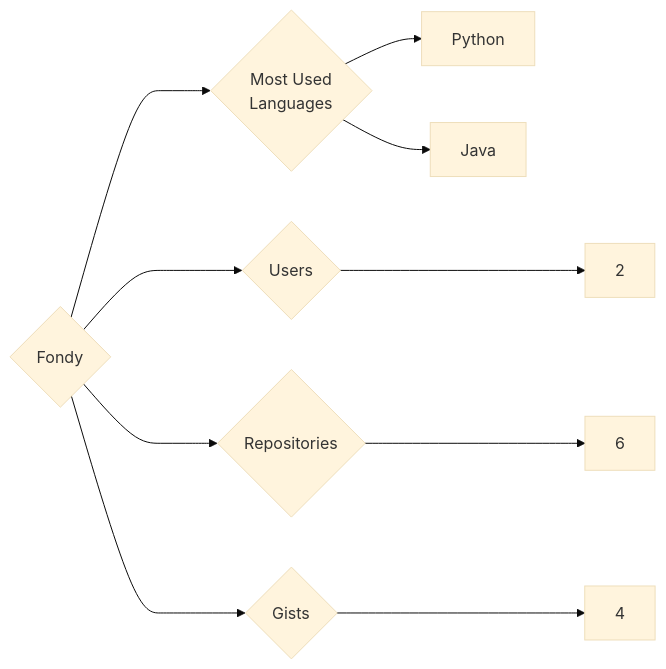
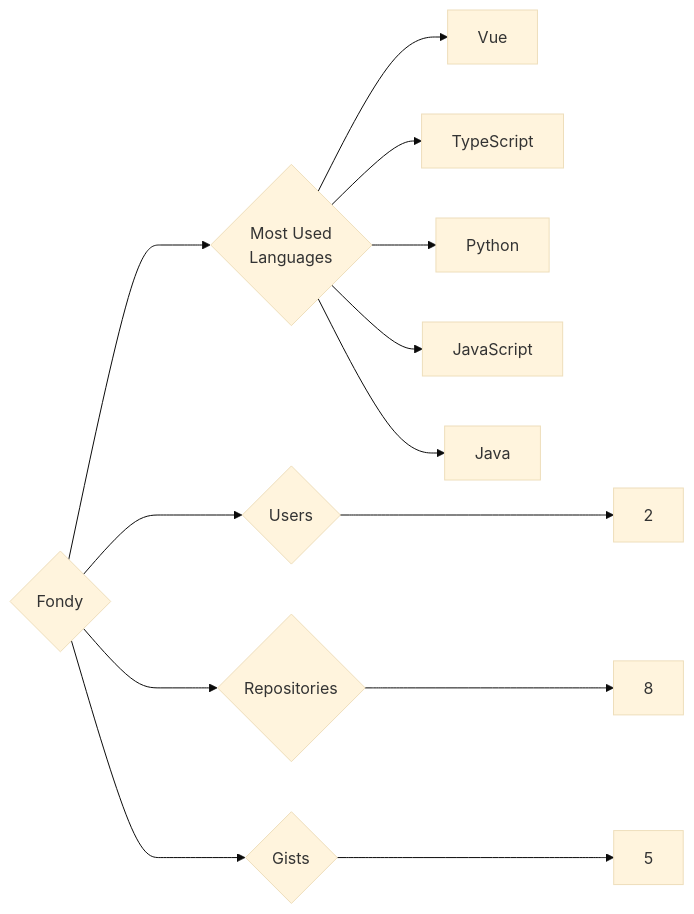
One commit to trickest/insiders changed the diagram in targets/Fondy/README.md. Above: the diagram before and after it, drawn with Mermaid (base theme). The commit also changed 894 other files, not shown here.

````diff
--- a/targets/Fondy/README.md
+++ b/targets/Fondy/README.md
@@ -3,10 +3,13 @@
 ```mermaid
 graph LR
 COMPANY_NAME{Fondy}
 COMPANY_NAME ---> U{Users} ---> UN[2]
-COMPANY_NAME ---> R{Repositories} ---> RN[6]
-COMPANY_NAME ---> G{Gists} ---> GN[4]
+COMPANY_NAME ---> R{Repositories} ---> RN[8]
+COMPANY_NAME ---> G{Gists} ---> GN[5]
 COMPANY_NAME ---> ML{Most Used<br>Languages}
+ML --> Vue[Vue]
+ML --> TypeScript[TypeScript]
 ML --> Python[Python]
+ML --> JavaScript[JavaScript]
 ML --> Java[Java]
 ```
````
